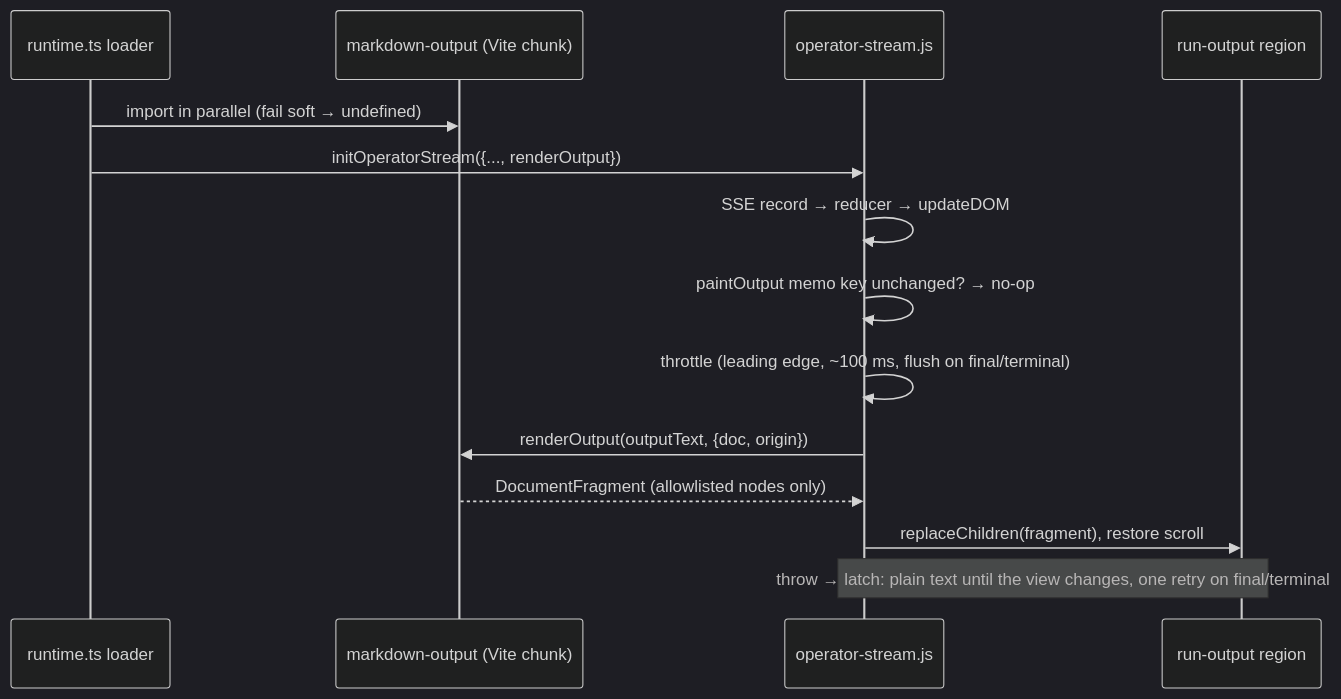
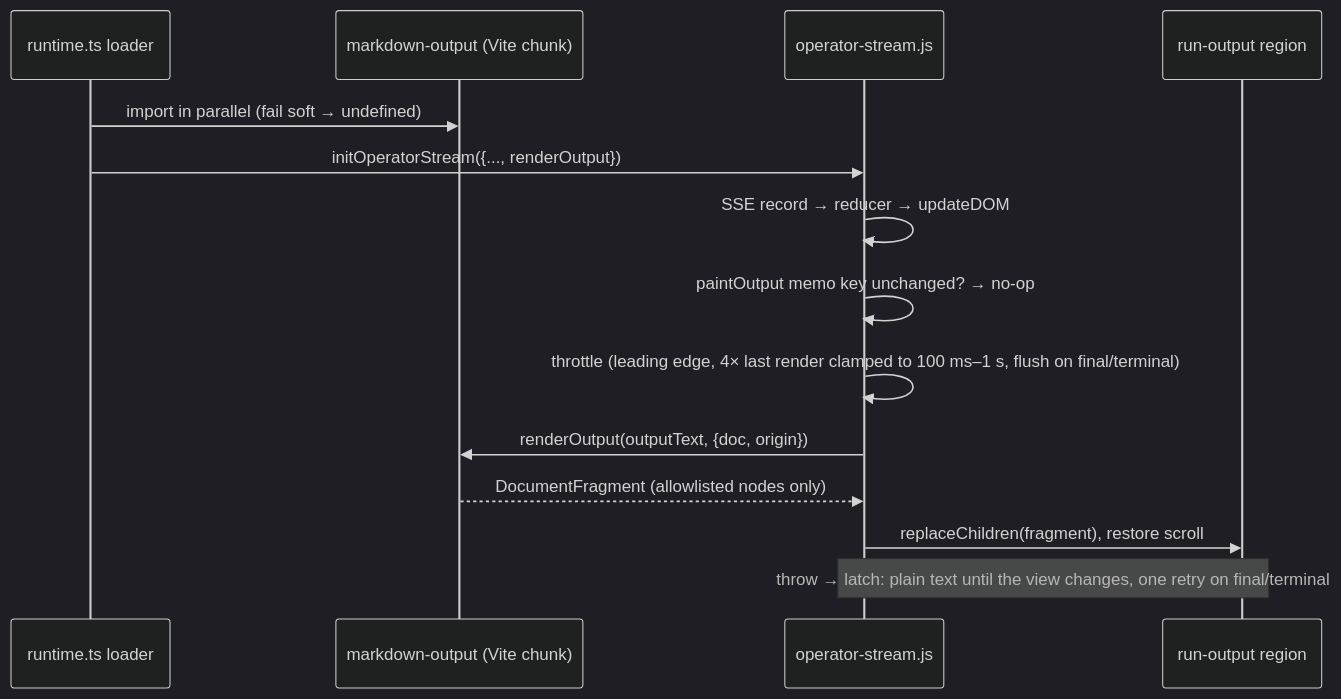
One commit to fro-bot/dashboard changed the diagram in docs/plans/2026-10-16-001-feat-run-output-markdown-plan.md. Above: the diagram before and after it, drawn with Mermaid (dark theme). The commit also changed other lines of this file and 3 other files, not shown here.

````diff
--- a/docs/plans/2026-10-16-001-feat-run-output-markdown-plan.md
+++ b/docs/plans/2026-10-16-001-feat-run-output-markdown-plan.md
@@ -246,16 +249,16 @@
 ```mermaid
 sequenceDiagram
   participant RT as runtime.ts loader
   participant MD as markdown-output (Vite chunk)
   participant ST as operator-stream.js
   participant DOM as run-output region
   RT->>MD: import in parallel (fail soft → undefined)
   RT->>ST: initOperatorStream({..., renderOutput})
   ST->>ST: SSE record → reducer → updateDOM
   ST->>ST: paintOutput memo key unchanged? → no-op
-  ST->>ST: throttle (leading edge, ~100 ms, flush on final/terminal)
+  ST->>ST: throttle (leading edge, 4× last render clamped to 100 ms–1 s, flush on final/terminal)
   ST->>MD: renderOutput(outputText, {doc, origin})
   MD-->>ST: DocumentFragment (allowlisted nodes only)
   ST->>DOM: replaceChildren(fragment), restore scroll
   Note over ST,DOM: throw → latch: plain text until the view changes, one retry on final/terminal
 ```
````
